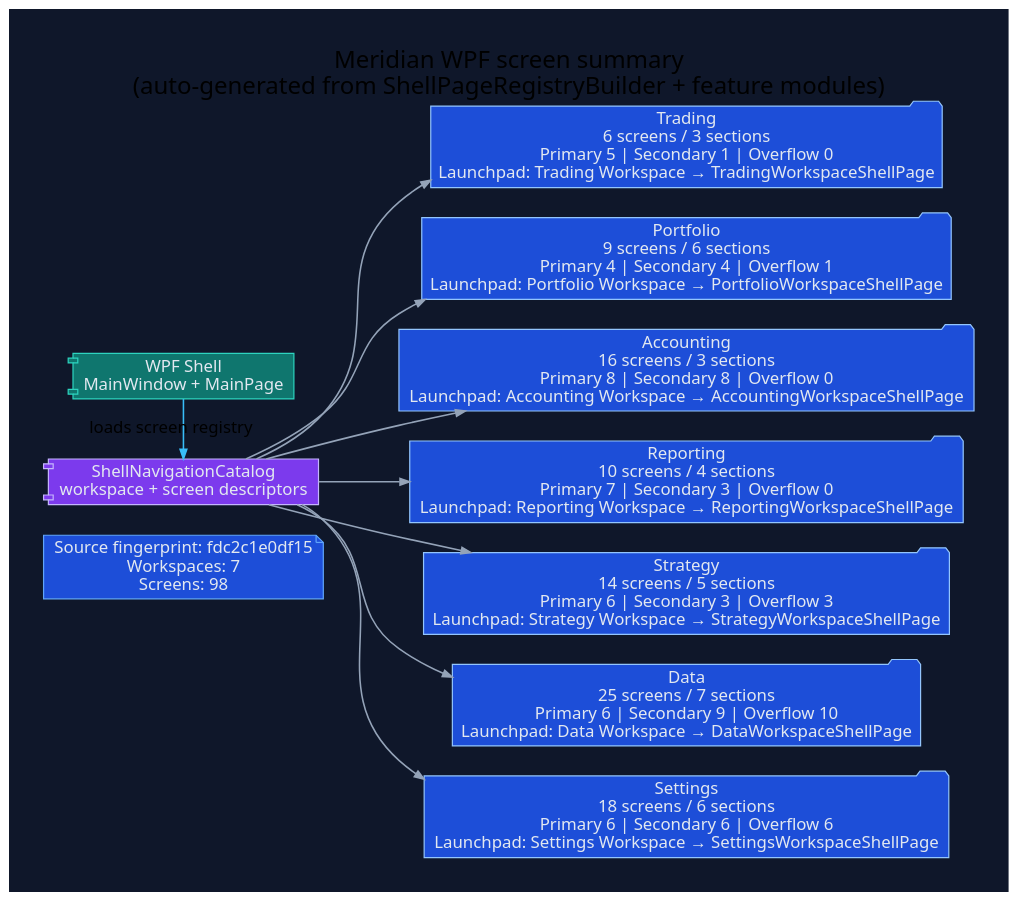
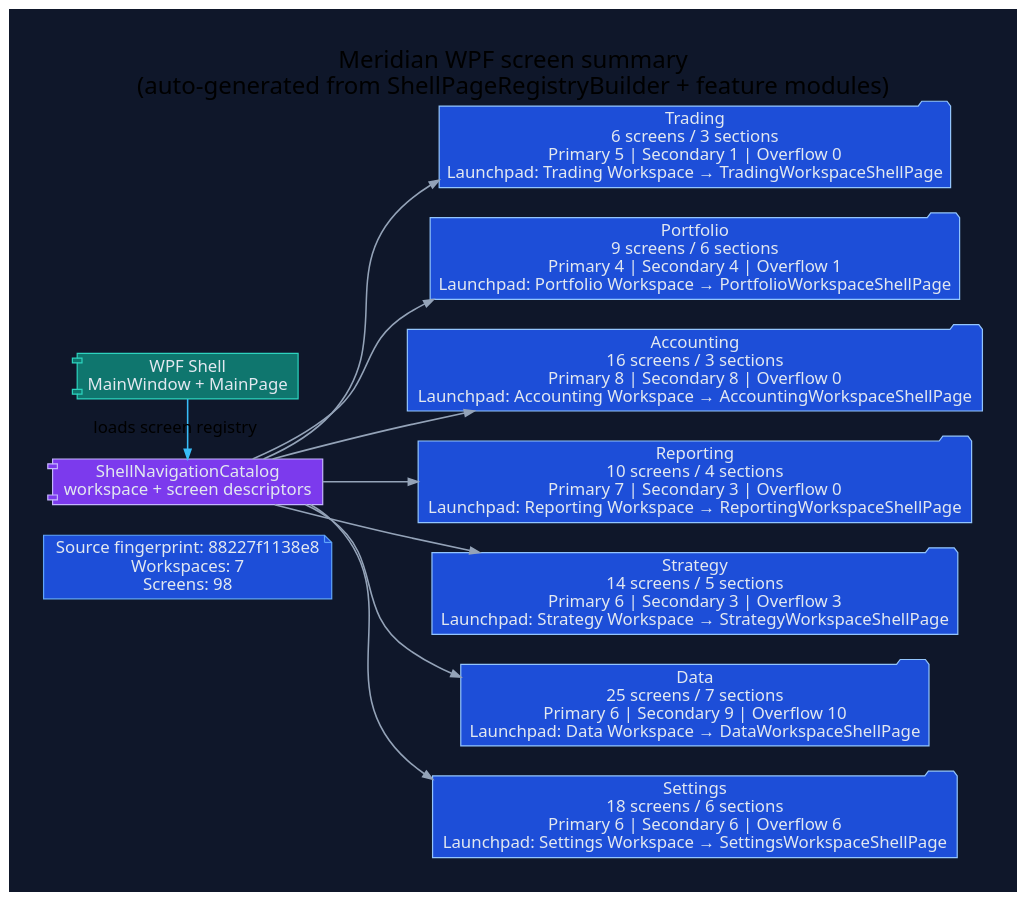
Before and after one commit to rodoHasArrived/Meridian-main: the diagram in docs/diagrams/ui-wpf-screen-summary.dot, drawn with Graphviz. The commit also changed 22 other files, not shown here.

First line of the commit message:
docs: apply CI generated-repair patch for WPF UI diagrams and repository tree

```diff
--- a/docs/diagrams/ui-wpf-screen-summary.dot
+++ b/docs/diagrams/ui-wpf-screen-summary.dot
@@ -1,42 +1,42 @@
 // -----------------------------------------------------------------------------
 // <auto-generated>
 // Generated by scripts/generate-diagrams.mjs.
 // Do not edit this file directly; update the WPF source files instead.
 // -----------------------------------------------------------------------------
 digraph WpfScreenSummary {
   graph [
     rankdir=LR,
     labelloc=t,
     label="Meridian WPF screen summary\n(auto-generated from ShellPageRegistryBuilder + feature modules)",
     fontname="Segoe UI",
     fontsize=20,
     pad=0.4,
     nodesep=0.35,
     ranksep=0.85,
     bgcolor="#0f172a"
   ];
   node [fontname="Segoe UI", shape=box, style="rounded,filled", color="#475569", fontcolor="#e2e8f0", fillcolor="#1e293b"];
   edge [fontname="Segoe UI", color="#94a3b8", penwidth=1.3, arrowsize=0.8];
 
-  generated [shape=note, fillcolor="#1d4ed8", color="#60a5fa", label="Source fingerprint: fdc2c1e0df15\nWorkspaces: 7\nScreens: 98"];
+  generated [shape=note, fillcolor="#1d4ed8", color="#60a5fa", label="Source fingerprint: 88227f1138e8\nWorkspaces: 7\nScreens: 98"];
   shell [shape=component, fillcolor="#0f766e", color="#2dd4bf", label="WPF Shell\nMainWindow + MainPage"];
   catalog [shape=component, fillcolor="#7c3aed", color="#c4b5fd", label="ShellNavigationCatalog\nworkspace + screen descriptors"];
   shell -> catalog [label="loads screen registry", color="#38bdf8"];
 
   workspace_1 [shape=folder, fillcolor="#1d4ed8", color="#93c5fd", label="Trading\n6 screens / 3 sections\nPrimary 5 | Secondary 1 | Overflow 0\nLaunchpad: Trading Workspace → TradingWorkspaceShellPage"];
   catalog -> workspace_1;
   workspace_2 [shape=folder, fillcolor="#1d4ed8", color="#93c5fd", label="Portfolio\n9 screens / 6 sections\nPrimary 4 | Secondary 4 | Overflow 1\nLaunchpad: Portfolio Workspace → PortfolioWorkspaceShellPage"];
   catalog -> workspace_2;
   workspace_3 [shape=folder, fillcolor="#1d4ed8", color="#93c5fd", label="Accounting\n16 screens / 3 sections\nPrimary 8 | Secondary 8 | Overflow 0\nLaunchpad: Accounting Workspace → AccountingWorkspaceShellPage"];
   catalog -> workspace_3;
   workspace_4 [shape=folder, fillcolor="#1d4ed8", color="#93c5fd", label="Reporting\n10 screens / 4 sections\nPrimary 7 | Secondary 3 | Overflow 0\nLaunchpad: Reporting Workspace → ReportingWorkspaceShellPage"];
   catalog -> workspace_4;
   workspace_5 [shape=folder, fillcolor="#1d4ed8", color="#93c5fd", label="Strategy\n14 screens / 5 sections\nPrimary 6 | Secondary 3 | Overflow 3\nLaunchpad: Strategy Workspace → StrategyWorkspaceShellPage"];
   catalog -> workspace_5;
   workspace_6 [shape=folder, fillcolor="#1d4ed8", color="#93c5fd", label="Data\n25 screens / 7 sections\nPrimary 6 | Secondary 9 | Overflow 10\nLaunchpad: Data Workspace → DataWorkspaceShellPage"];
   catalog -> workspace_6;
   workspace_7 [shape=folder, fillcolor="#1d4ed8", color="#93c5fd", label="Settings\n18 screens / 6 sections\nPrimary 6 | Secondary 6 | Overflow 6\nLaunchpad: Settings Workspace → SettingsWorkspaceShellPage"];
   catalog -> workspace_7;
 
   { rank=min; generated; shell; catalog; }
 }
```
